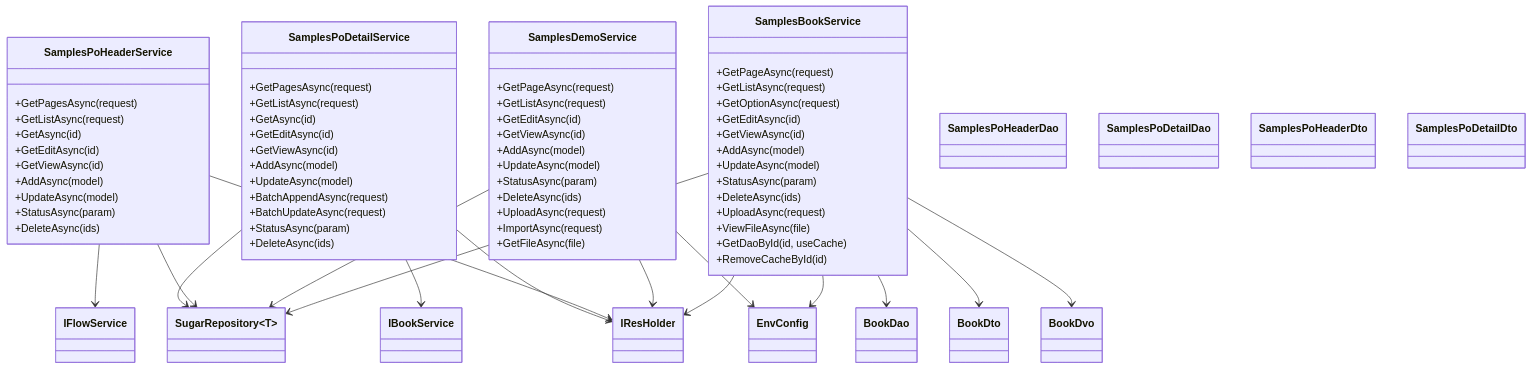
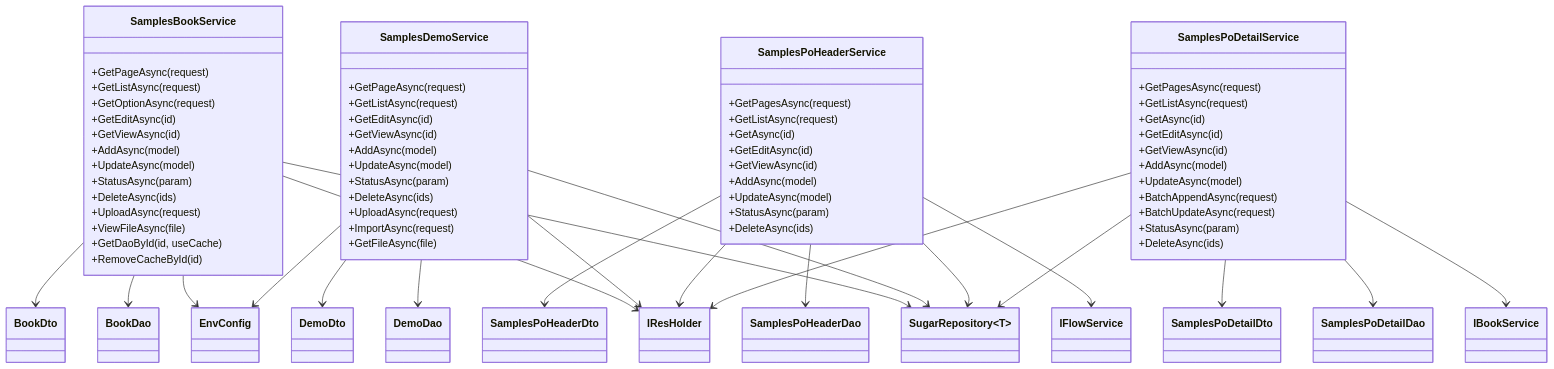
The second of 6 diagrams in .qoder/repowiki/zh/content/示例项目/示例项目.md (leadiot/Scm.Net), drawn with Mermaid before and after one commit. The commit also changed other lines of this file and 126 other files, not shown here.

````diff
--- a/.qoder/repowiki/zh/content/示例项目/示例项目.md
+++ b/.qoder/repowiki/zh/content/示例项目/示例项目.md
@@ -177,28 +211,35 @@
 +DeleteAsync(ids)
 }
 class BookDao
-class BookDto
-class BookDvo
+class DemoDao
 class SamplesPoHeaderDao
 class SamplesPoDetailDao
+class BookDto
+class DemoDto
 class SamplesPoHeaderDto
 class SamplesPoDetailDto
 class SugarRepository~T~
 class IResHolder
 class EnvConfig
+class IBookService
 SamplesBookService --> SugarRepository~BookDao~
 SamplesBookService --> IResHolder
 SamplesBookService --> EnvConfig
 SamplesBookService --> BookDao
 SamplesBookService --> BookDto
-SamplesBookService --> BookDvo
 SamplesDemoService --> SugarRepository~DemoDao~
 SamplesDemoService --> IResHolder
 SamplesDemoService --> EnvConfig
+SamplesDemoService --> DemoDao
+SamplesDemoService --> DemoDto
 SamplesPoHeaderService --> SugarRepository~SamplesPoHeaderDao~
 SamplesPoHeaderService --> IResHolder
 SamplesPoHeaderService --> IFlowService
+SamplesPoHeaderService --> SamplesPoHeaderDao
+SamplesPoHeaderService --> SamplesPoHeaderDto
 SamplesPoDetailService --> SugarRepository~SamplesPoDetailDao~
 SamplesPoDetailService --> IResHolder
 SamplesPoDetailService --> IBookService
+SamplesPoDetailService --> SamplesPoDetailDao
+SamplesPoDetailService --> SamplesPoDetailDto
 ```
````
